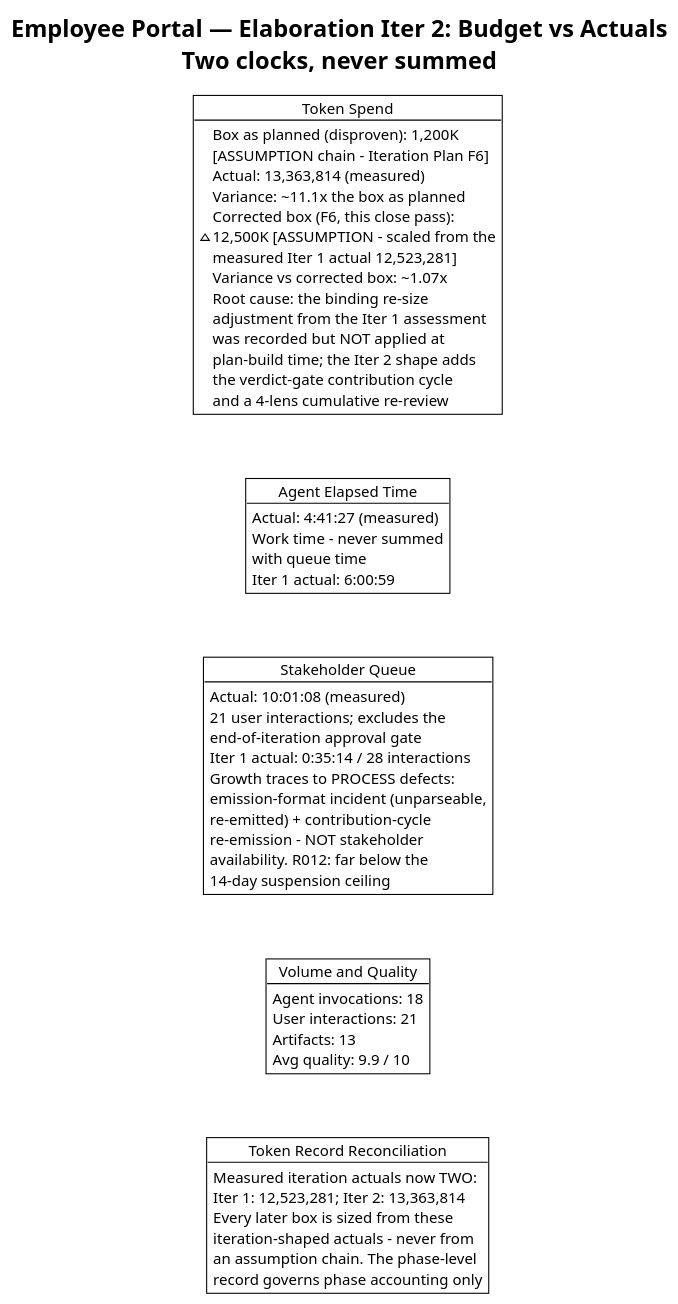
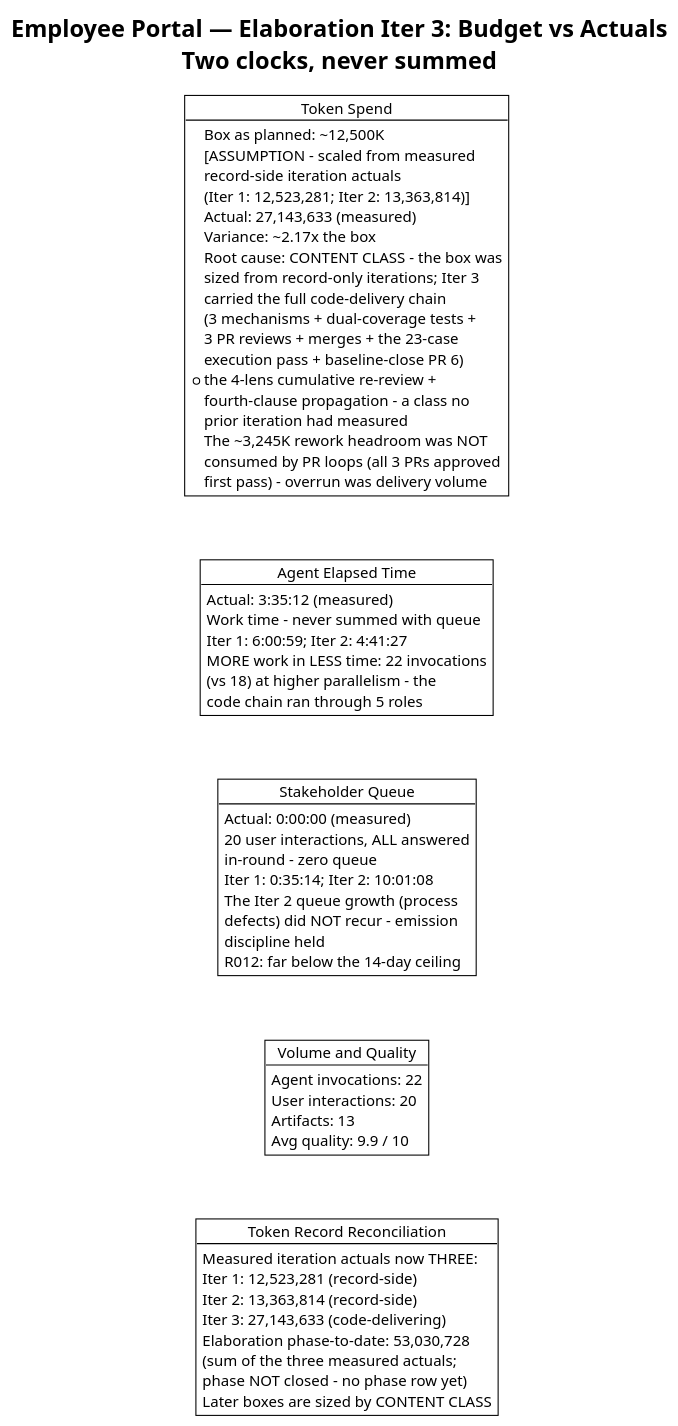
The second of 5 diagrams in docs/artifacts/project-management/iteration-assessment.md (banense-test/employee-portal), drawn with PlantUML before and after one commit. The commit also changed other lines of this file, not shown here.

First line of the commit message:
Project Manager [E3]: upsert Iteration Assessment

````diff
--- a/docs/artifacts/project-management/iteration-assessment.md
+++ b/docs/artifacts/project-management/iteration-assessment.md
@@ -103,59 +102,65 @@
 ```plantuml
 @startuml
 !theme plain
-title Employee Portal — Elaboration Iter 2: Budget vs Actuals\nTwo clocks, never summed
+title Employee Portal — Elaboration Iter 3: Budget vs Actuals\nTwo clocks, never summed
 
 object "Token Spend" as TS {
-  Box as planned (disproven): 1,200K
-  [ASSUMPTION chain - Iteration Plan F6]
-  Actual: 13,363,814 (measured)
-  Variance: ~11.1x the box as planned
-  Corrected box (F6, this close pass):
-  ~12,500K [ASSUMPTION - scaled from the
-  measured Iter 1 actual 12,523,281]
-  Variance vs corrected box: ~1.07x
-  Root cause: the binding re-size
-  adjustment from the Iter 1 assessment
-  was recorded but NOT applied at
-  plan-build time; the Iter 2 shape adds
-  the verdict-gate contribution cycle
-  and a 4-lens cumulative re-review
+  Box as planned: ~12,500K
+  [ASSUMPTION - scaled from measured
+  record-side iteration actuals
+  (Iter 1: 12,523,281; Iter 2: 13,363,814)]
+  Actual: 27,143,633 (measured)
+  Variance: ~2.17x the box
+  Root cause: CONTENT CLASS - the box was
+  sized from record-only iterations; Iter 3
+  carried the full code-delivery chain
+  (3 mechanisms + dual-coverage tests +
+  3 PR reviews + merges + the 23-case
+  execution pass + baseline-close PR 6)
+  + the 4-lens cumulative re-review +
+  fourth-clause propagation - a class no
+  prior iteration had measured
+  The ~3,245K rework headroom was NOT
+  consumed by PR loops (all 3 PRs approved
+  first pass) - overrun was delivery volume
 }
 object "Agent Elapsed Time" as AET {
-  Actual: 4:41:27 (measured)
-  Work time - never summed
-  with queue time
-  Iter 1 actual: 6:00:59
+  Actual: 3:35:12 (measured)
+  Work time - never summed with queue
+  Iter 1: 6:00:59; Iter 2: 4:41:27
+  MORE work in LESS time: 22 invocations
+  (vs 18) at higher parallelism - the
+  code chain ran through 5 roles
 }
 object "Stakeholder Queue" as HGQ {
-  Actual: 10:01:08 (measured)
-  21 user interactions; excludes the
-  end-of-iteration approval gate
-  Iter 1 actual: 0:35:14 / 28 interactions
-  Growth traces to PROCESS defects:
-  emission-format incident (unparseable,
-  re-emitted) + contribution-cycle
-  re-emission - NOT stakeholder
-  availability. R012: far below the
-  14-day suspension ceiling
+  Actual: 0:00:00 (measured)
+  20 user interactions, ALL answered
+  in-round - zero queue
+  Iter 1: 0:35:14; Iter 2: 10:01:08
+  The Iter 2 queue growth (process
+  defects) did NOT recur - emission
+  discipline held
+  R012: far below the 14-day ceiling
 }
 object "Volume and Quality" as VOL {
-  Agent invocations: 18
-  User interactions: 21
+  Agent invocations: 22
+  User interactions: 20
   Artifacts: 13
   Avg quality: 9.9 / 10
 }
 object "Token Record Reconciliation" as REC {
-  Measured iteration actuals now TWO:
-  Iter 1: 12,523,281; Iter 2: 13,363,814
-  Every later box is sized from these
-  iteration-shaped actuals - never from
-  an assumption chain. The phase-level
-  record governs phase accounting only
+  Measured iteration actuals now THREE:
+  Iter 1: 12,523,281 (record-side)
+  Iter 2: 13,363,814 (record-side)
+  Iter 3: 27,143,633 (code-delivering)
+  Elaboration phase-to-date: 53,030,728
+  (sum of the three measured actuals;
+  phase NOT closed - no phase row yet)
+  Later boxes are sized by CONTENT CLASS
 }
 TS -[hidden]-> AET
 AET -[hidden]-> HGQ
 HGQ -[hidden]-> VOL
 VOL -[hidden]-> REC
 @enduml
 ```
````
